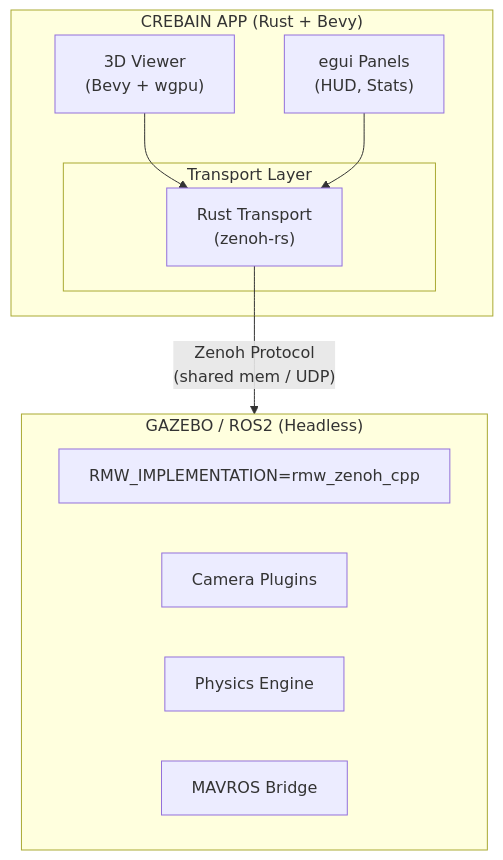
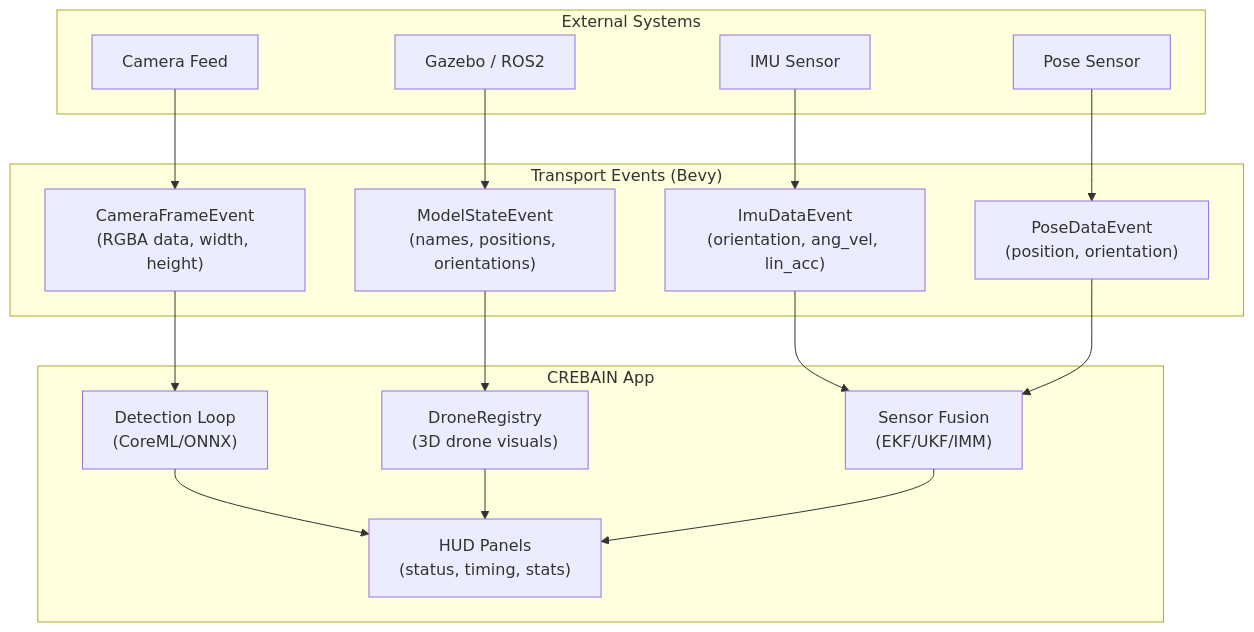
Before and after one commit to sepehrmn/crebain-native: the fourth of 6 diagrams in README.md, drawn with Mermaid. The commit also changed other lines of this file and 6 other files, not shown here.

````diff
--- a/README.md
+++ b/README.md
@@ -420,23 +424,36 @@
 ```mermaid
 flowchart TB
-    subgraph App["CREBAIN APP (Rust + Bevy)"]
-        Viewer["3D Viewer<br/>(Bevy + wgpu)"]
-        UI["egui Panels<br/>(HUD, Stats)"]
-        
-        subgraph Transport["Transport Layer"]
-            RustZenoh["Rust Transport<br/>(zenoh-rs)"]
-        end
-        
-        Viewer --> RustZenoh
-        UI --> RustZenoh
+    subgraph External["External Systems"]
+        Gazebo["Gazebo / ROS2"]
+        Camera["Camera Feed"]
+        IMU["IMU Sensor"]
+        Pose["Pose Sensor"]
     end
 
-    subgraph ROS["GAZEBO / ROS2 (Headless)"]
-        RMW["RMW_IMPLEMENTATION=rmw_zenoh_cpp"]
-        Camera["Camera Plugins"]
-        Physics["Physics Engine"]
-        MAVROS["MAVROS Bridge"]
+    subgraph Transport["Transport Events (Bevy)"]
+        ModelState["ModelStateEvent<br/>(names, positions, orientations)"]
+        CameraFrame["CameraFrameEvent<br/>(RGBA data, width, height)"]
+        ImuData["ImuDataEvent<br/>(orientation, ang_vel, lin_acc)"]
+        PoseData["PoseDataEvent<br/>(position, orientation)"]
     end
 
-    RustZenoh -->|"Zenoh Protocol<br/>(shared mem / UDP)"| ROS
+    subgraph App["CREBAIN App"]
+        DroneReg["DroneRegistry<br/>(3D drone visuals)"]
+        Detection["Detection Loop<br/>(CoreML/ONNX)"]
+        Fusion["Sensor Fusion<br/>(EKF/UKF/IMM)"]
+        HUD["HUD Panels<br/>(status, timing, stats)"]
+    end
+
+    Gazebo --> ModelState
+    Camera --> CameraFrame
+    IMU --> ImuData
+    Pose --> PoseData
+
+    ModelState --> DroneReg
+    CameraFrame --> Detection
+    ImuData --> Fusion
+    PoseData --> Fusion
+    Detection --> HUD
+    DroneReg --> HUD
+    Fusion --> HUD
 ```
````
